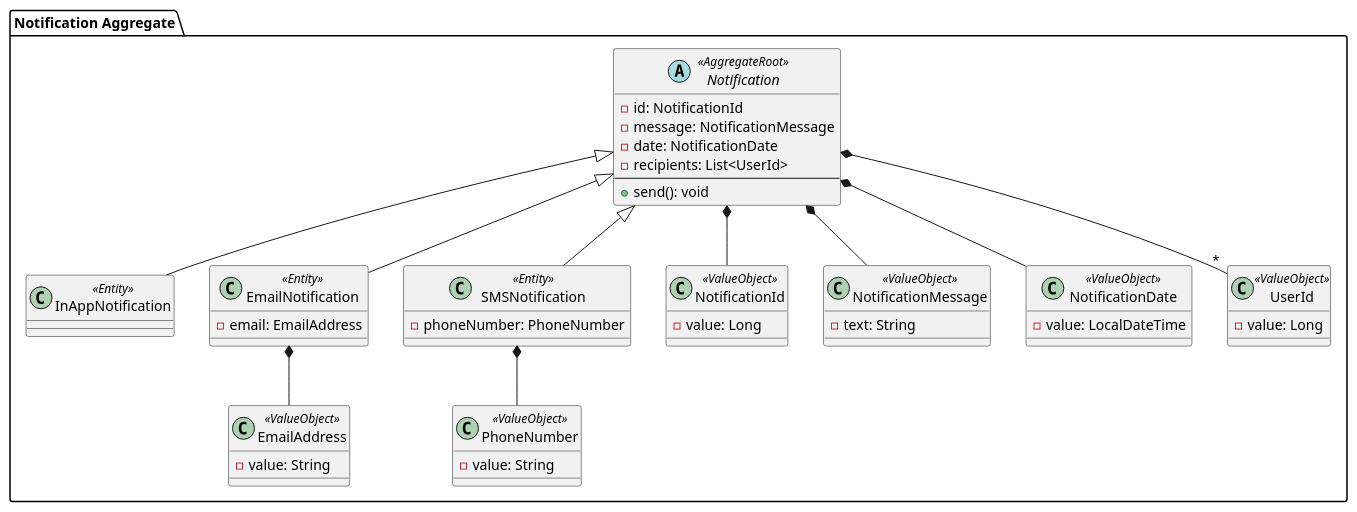
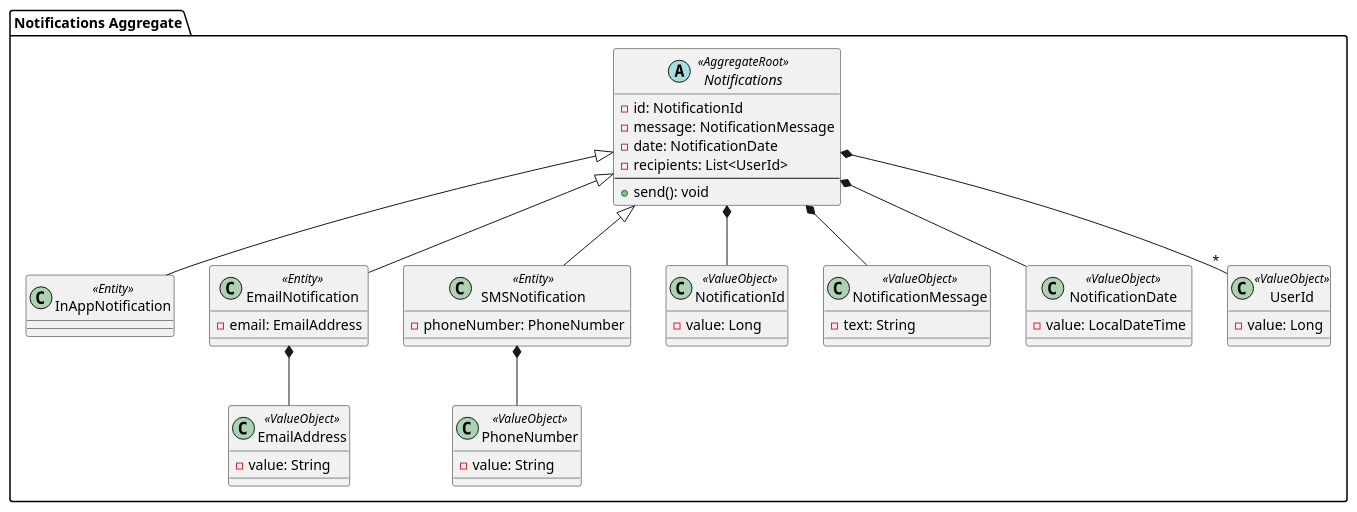
The diagram in Diagrams/aggregates/notifications.puml (SoftwareD-P/Proyect-Documentation), drawn with PlantUML before and after one commit. The commit also changed 14 other files, not shown here.

Commit message:
chore(Diagrams): Diagram proyects added

```diff
--- a/Diagrams/aggregates/notifications.puml
+++ b/Diagrams/aggregates/notifications.puml
@@ -1,53 +1,53 @@
-@startuml Notification BC Aggregate
+@startuml Notifications BC Aggregate
 
-package "Notification Aggregate" {
-  abstract class Notification <<AggregateRoot>> {
+package "Notifications Aggregate" {
+  abstract class Notifications <<AggregateRoot>> {
     - id: NotificationId
     - message: NotificationMessage
     - date: NotificationDate
     - recipients: List<UserId>
     --
     + send(): void
   }
 
-  class InAppNotification <<Entity>> extends Notification
-  class EmailNotification <<Entity>> extends Notification {
+  class InAppNotification <<Entity>> extends Notifications
+  class EmailNotification <<Entity>> extends Notifications {
     - email: EmailAddress
   }
-  class SMSNotification <<Entity>> extends Notification {
+  class SMSNotification <<Entity>> extends Notifications {
     - phoneNumber: PhoneNumber
   }
 
   class NotificationId <<ValueObject>> {
     - value: Long
   }
 
   class NotificationMessage <<ValueObject>> {
     - text: String
   }
 
   class NotificationDate <<ValueObject>> {
     - value: LocalDateTime
   }
 
   class UserId <<ValueObject>> {
     - value: Long
   }
 
   class EmailAddress <<ValueObject>> {
     - value: String
   }
 
   class PhoneNumber <<ValueObject>> {
     - value: String
   }
 
-  Notification *-- NotificationId
-  Notification *-- NotificationMessage
-  Notification *-- NotificationDate
-  Notification *-- "*" UserId
+  Notifications *-- NotificationId
+  Notifications *-- NotificationMessage
+  Notifications *-- NotificationDate
+  Notifications *-- "*" UserId
   EmailNotification *-- EmailAddress
   SMSNotification *-- PhoneNumber
 }
 
 @enduml
```
